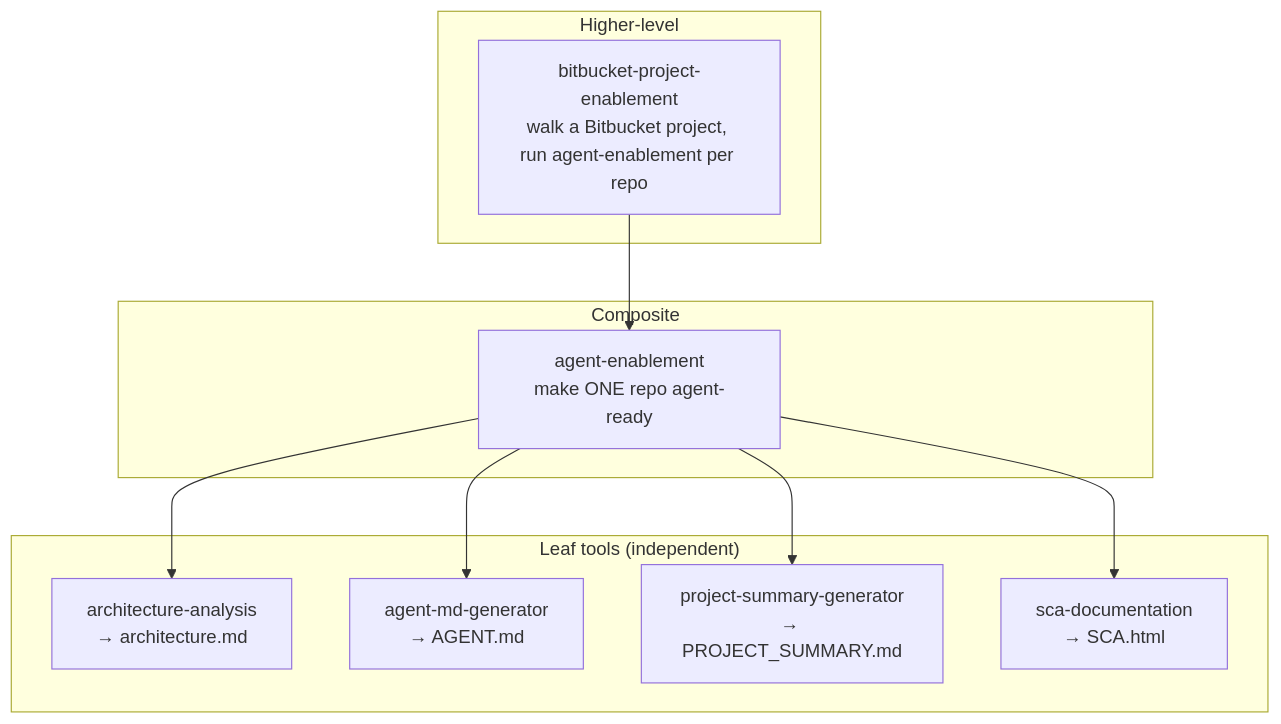
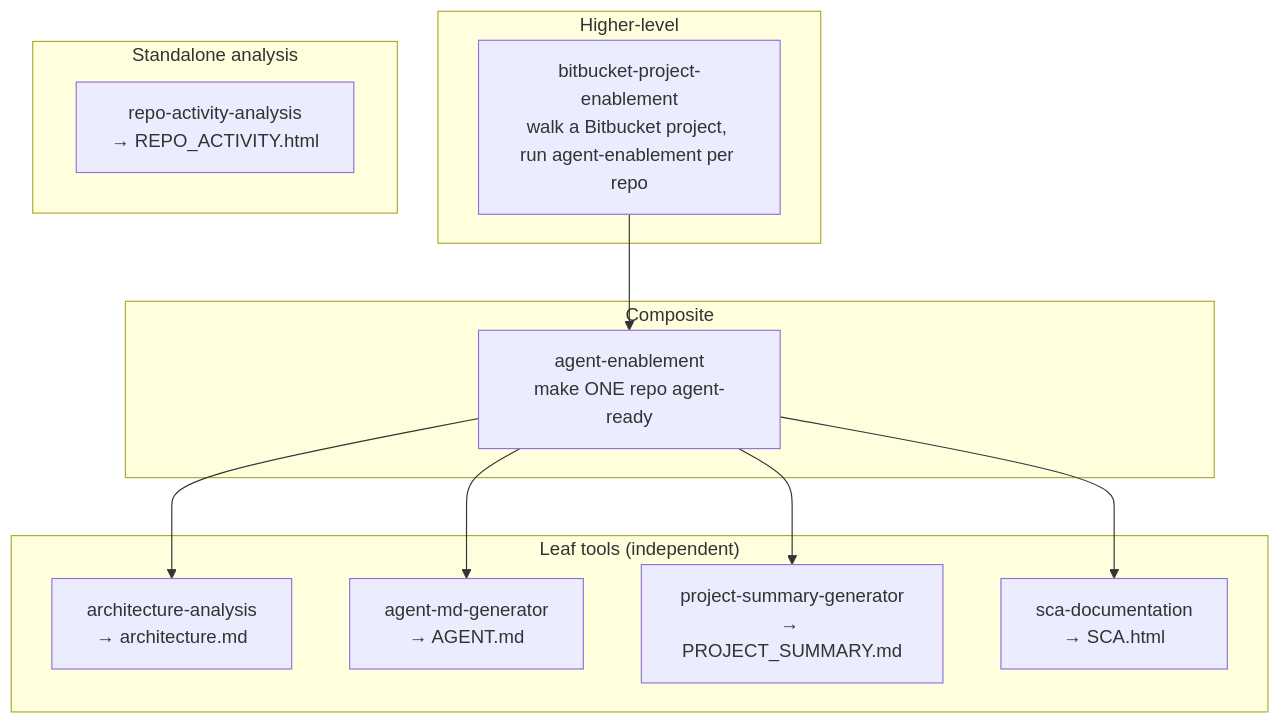
Before and after one commit to hey-jileesh/agent-tools: the diagram in README.md, drawn with Mermaid. The commit also changed other lines of this file and 3 other files, not shown here.

First line of the commit message:
Add repo-activity-analysis tool (git contribution-health metrics)

````diff
--- a/README.md
+++ b/README.md
@@ -10,20 +10,23 @@
 ```mermaid
 graph TD
     subgraph higher["Higher-level"]
         bpe["bitbucket-project-enablement\nwalk a Bitbucket project, run agent-enablement per repo"]
     end
     subgraph composite["Composite"]
         ae["agent-enablement\nmake ONE repo agent-ready"]
     end
     subgraph leaf["Leaf tools (independent)"]
         aa["architecture-analysis\n→ architecture.md"]
         amg["agent-md-generator\n→ AGENT.md"]
         psg["project-summary-generator\n→ PROJECT_SUMMARY.md"]
         sca["sca-documentation\n→ SCA.html"]
     end
+    subgraph standalone["Standalone analysis"]
+        raa["repo-activity-analysis\n→ REPO_ACTIVITY.html"]
+    end
     bpe --> ae
     ae --> aa
     ae --> amg
     ae --> psg
     ae --> sca
 ```
````
